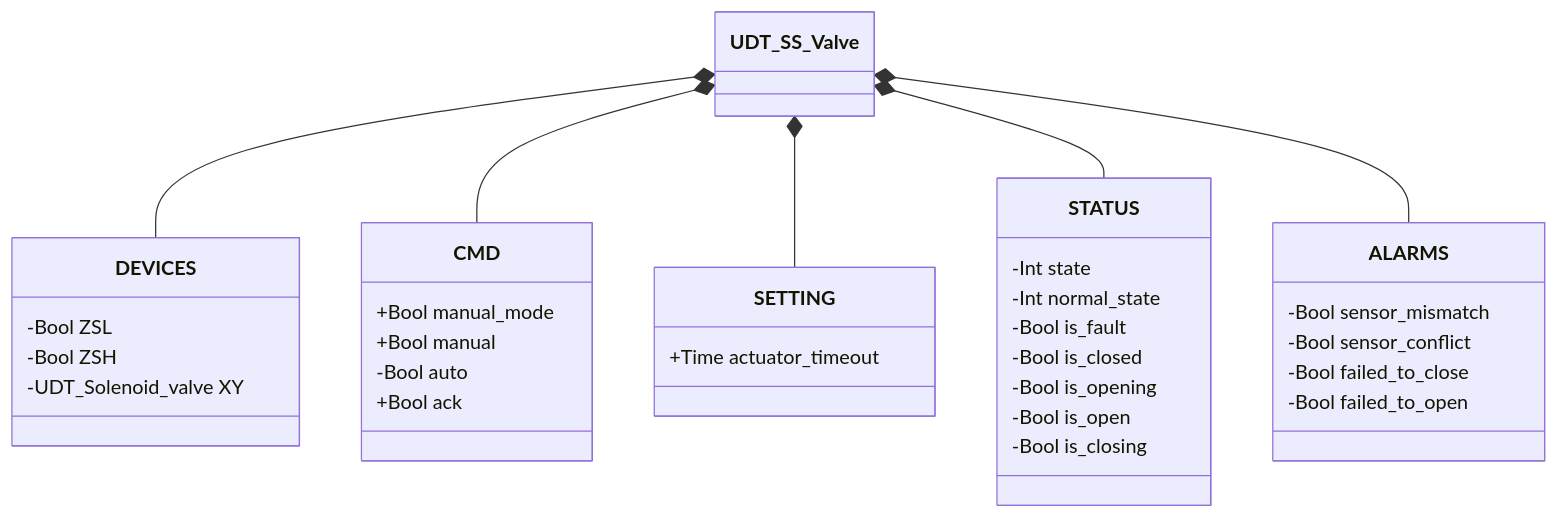
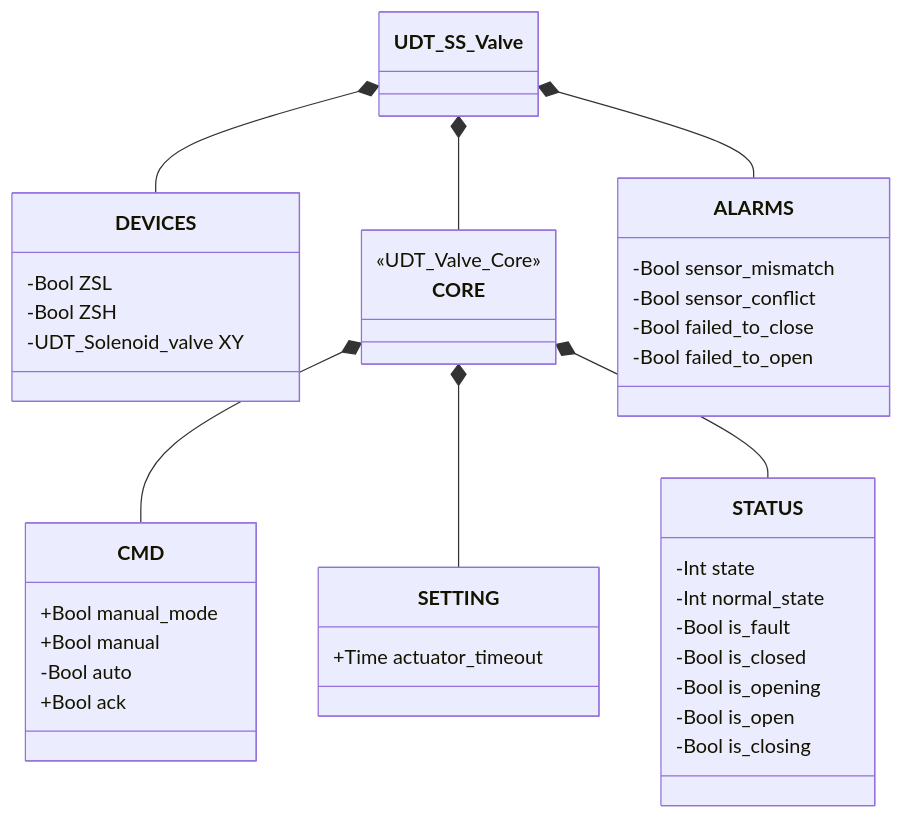
Before and after one commit to AleFire99/TIA_knowledge: the first of 2 diagrams in docs/en/library/valves/butterfly/single_solenoid/index.md, drawn with Mermaid. The commit also changed other lines of this file and 153 other files, not shown here.

````diff
--- a/docs/en/library/valves/butterfly/single_solenoid/index.md
+++ b/docs/en/library/valves/butterfly/single_solenoid/index.md
@@ -21,38 +21,42 @@
 ```mermaid
 classDiagram
     class UDT_SS_Valve
     class DEVICES {
         -Bool ZSL
         -Bool ZSH
         -UDT_Solenoid_valve XY
+    }
+    class CORE {
+        <<UDT_Valve_Core>>
     }
     class CMD {
         +Bool manual_mode
         +Bool manual
         -Bool auto
         +Bool ack
     }
     class SETTING {
         +Time actuator_timeout
     }
     class STATUS {
         -Int state
         -Int normal_state
         -Bool is_fault
         -Bool is_closed
         -Bool is_opening
         -Bool is_open
         -Bool is_closing
     }
     class ALARMS {
         -Bool sensor_mismatch
         -Bool sensor_conflict
         -Bool failed_to_close
         -Bool failed_to_open
     }
     UDT_SS_Valve *-- DEVICES
-    UDT_SS_Valve *-- CMD
-    UDT_SS_Valve *-- SETTING
-    UDT_SS_Valve *-- STATUS
+    UDT_SS_Valve *-- CORE
     UDT_SS_Valve *-- ALARMS
+    CORE *-- CMD
+    CORE *-- SETTING
+    CORE *-- STATUS
 ```
````
